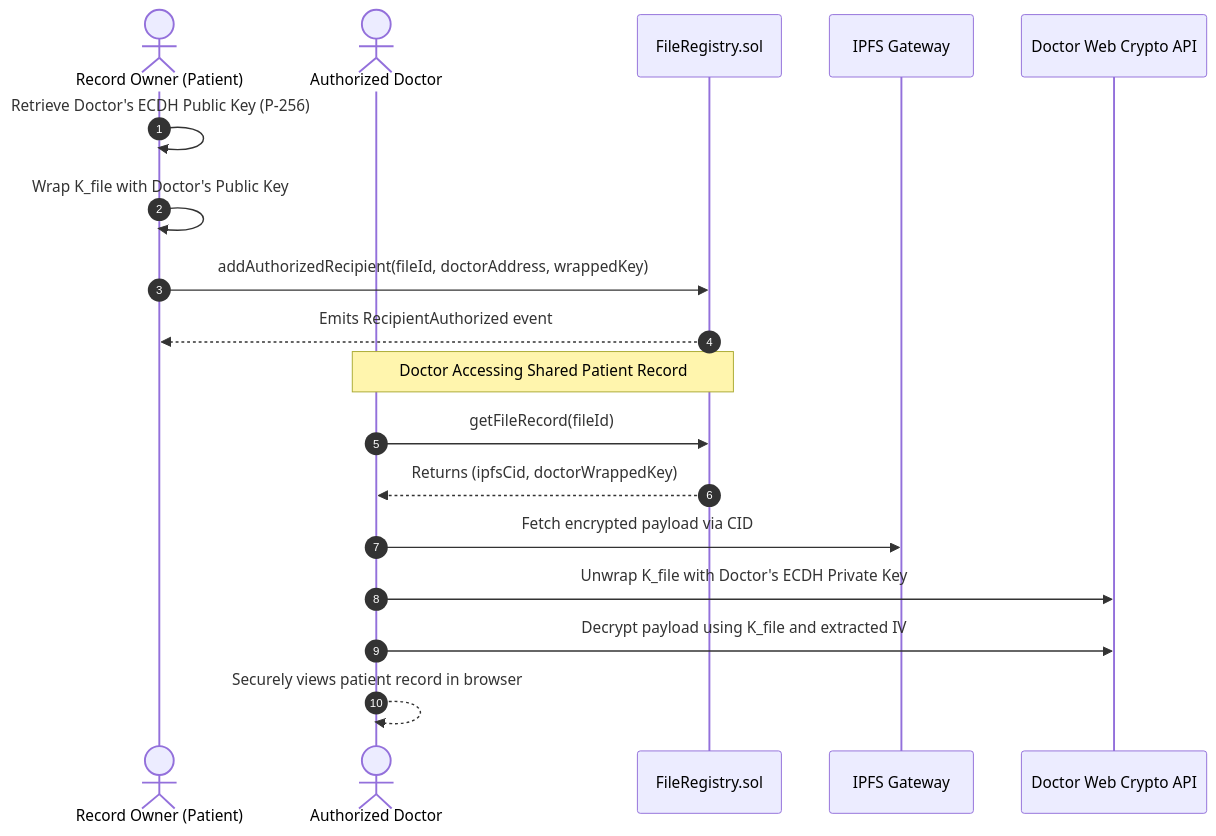
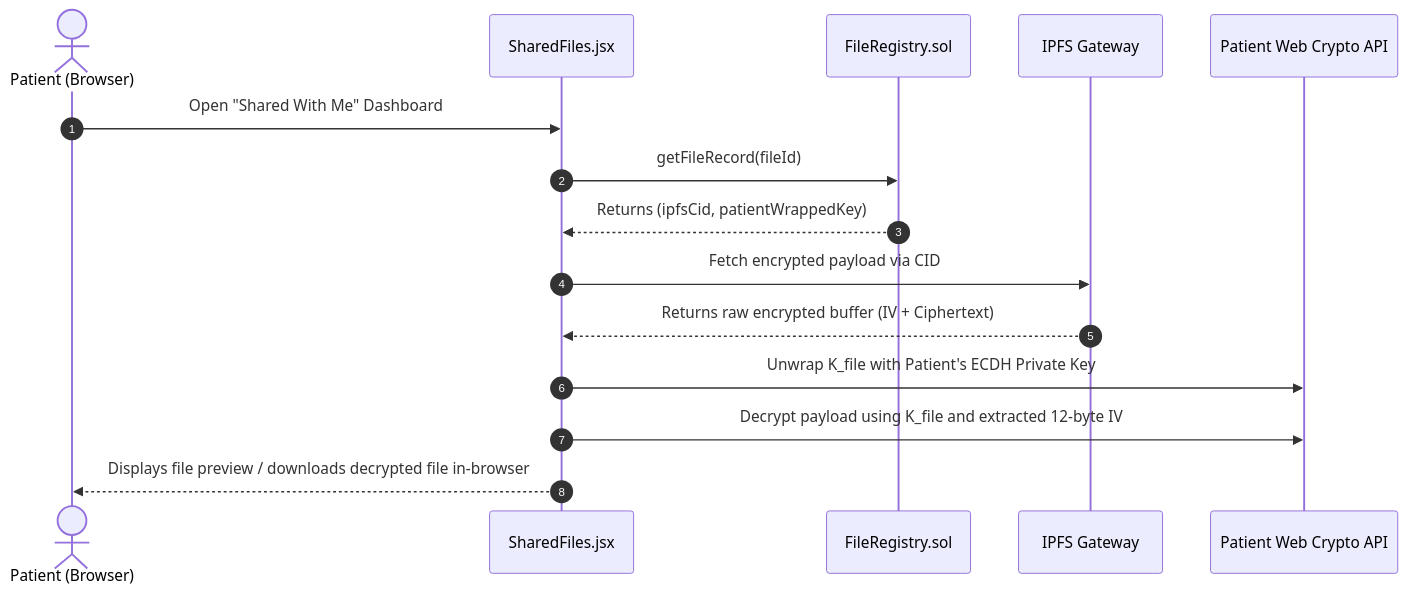
One commit to Anmol4679/blockchain_project_vit changed the second of 3 diagrams in README.md. Above: the diagram before and after it, drawn with Mermaid. The commit also changed other lines of this file, not shown here.

Commit message:
docs: update README with healthcare RBAC, doctor-patient workflows, and certificate verification

````diff
--- a/README.md
+++ b/README.md
@@ -90,22 +112,18 @@
 ```mermaid
 sequenceDiagram
     autonumber
-    actor Owner as Record Owner (Patient)
-    actor Doctor as Authorized Doctor
+    actor Patient as Patient (Browser)
+    participant Shared as SharedFiles.jsx
     participant Chain as FileRegistry.sol
     participant IPFS as IPFS Gateway
-    participant Crypto as Doctor Web Crypto API
+    participant Crypto as Patient Web Crypto API
 
-    Owner->>Owner: Retrieve Doctor's ECDH Public Key (P-256)
-    Owner->>Owner: Wrap K_file with Doctor's Public Key
-    Owner->>Chain: addAuthorizedRecipient(fileId, doctorAddress, wrappedKey)
-    Chain-->>Owner: Emits RecipientAuthorized event
-    
-    Note over Doctor, Chain: Doctor Accessing Shared Patient Record
-    Doctor->>Chain: getFileRecord(fileId)
-    Chain-->>Doctor: Returns (ipfsCid, doctorWrappedKey)
-    Doctor->>IPFS: Fetch encrypted payload via CID
-    Doctor->>Crypto: Unwrap K_file with Doctor's ECDH Private Key
-    Doctor->>Crypto: Decrypt payload using K_file and extracted IV
-    Doctor-->>Doctor: Securely views patient record in browser
+    Patient->>Shared: Open "Shared With Me" Dashboard
+    Shared->>Chain: getFileRecord(fileId)
+    Chain-->>Shared: Returns (ipfsCid, patientWrappedKey)
+    Shared->>IPFS: Fetch encrypted payload via CID
+    IPFS-->>Shared: Returns raw encrypted buffer (IV + Ciphertext)
+    Shared->>Crypto: Unwrap K_file with Patient's ECDH Private Key
+    Shared->>Crypto: Decrypt payload using K_file and extracted 12-byte IV
+    Shared-->>Patient: Displays file preview / downloads decrypted file in-browser
 ```
````
